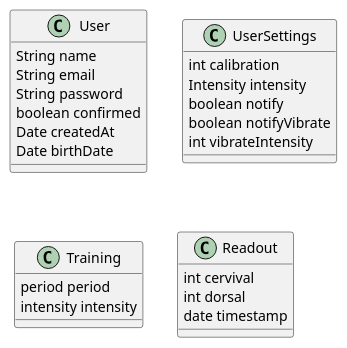
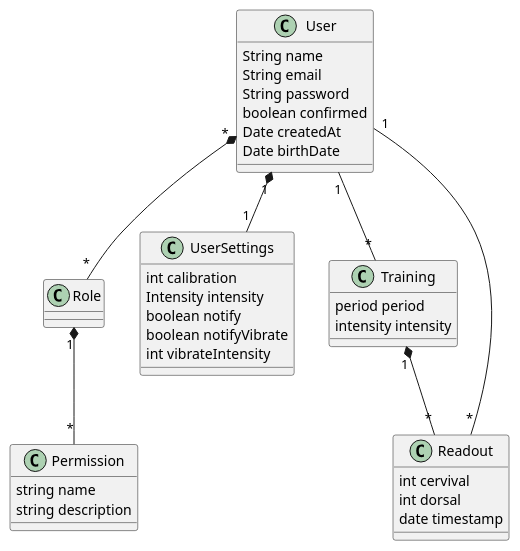
Before and after one commit to TCC-Vertebral-Column-Monitor/doc: the diagram in domain-model/user.plantuml, drawn with PlantUML.

Commit message:
base domain model relationship

```diff
--- a/domain-model/user.plantuml
+++ b/domain-model/user.plantuml
@@ -1,26 +1,45 @@
 @startuml
+
 class User{
     String name
     String email
     String password
     boolean confirmed
     Date createdAt
     Date birthDate 
   }
+
+class Role {
+    
+  }
+
+class Permission{
+    string name 
+    string description 
+  }
+
 class UserSettings{
     int calibration 
     Intensity intensity
     boolean notify
     boolean notifyVibrate
     int vibrateIntensity
   }
 class Training{
     period period 
     intensity intensity
   }
 class Readout{
     int cervival
     int dorsal
     date timestamp
   }
+
+User "1" *-- "1" UserSettings
+User "1" -- "*"  Training 
+User "1" -- "*" Readout
+Training "1" *-- "*" Readout
+Role "1" *-- "*" Permission 
+User "*" *-- "*" Role 
+
 @enduml
```
